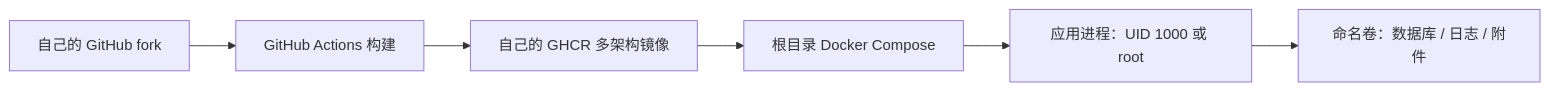
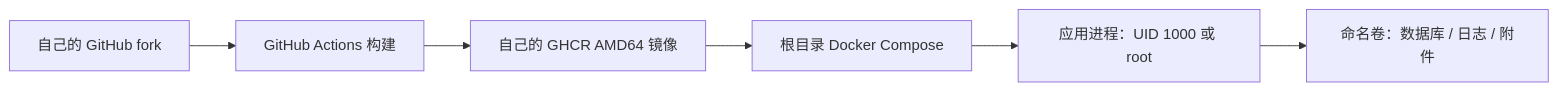
The diagram in docker/README.zh-CN.md (XDwanj/ezbookkeeping), drawn with Mermaid before and after one commit. The commit also changed other lines of this file and 1 other file, not shown here.

Commit message:
perf: publish GHCR images for native amd64 only

````diff
--- a/docker/README.zh-CN.md
+++ b/docker/README.zh-CN.md
@@ -92,8 +93,8 @@
 ```mermaid
 flowchart LR
     A[自己的 GitHub fork] --> B[GitHub Actions 构建]
-    B --> C[自己的 GHCR 多架构镜像]
+    B --> C[自己的 GHCR AMD64 镜像]
     C --> D[根目录 Docker Compose]
     D --> E[应用进程：UID 1000 或 root]
     E --> F[命名卷：数据库 / 日志 / 附件]
 ```
````
